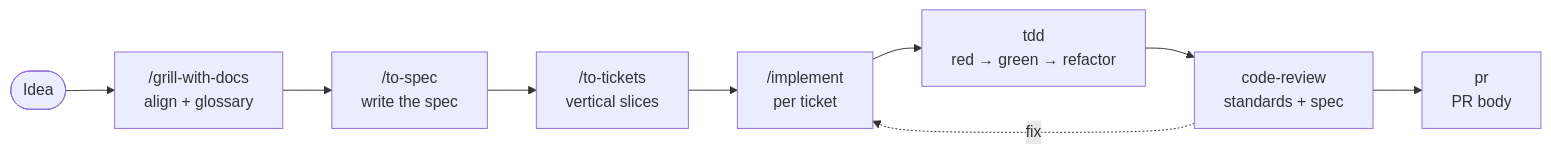
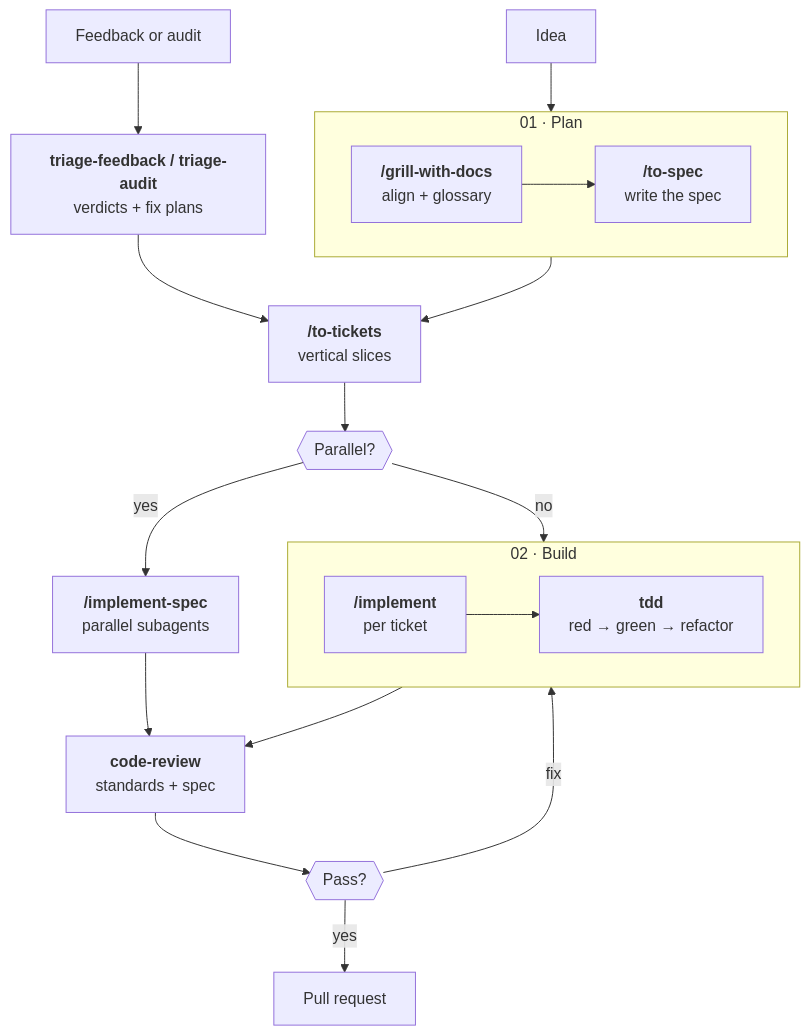
Before and after one commit to Phenomenon-Studio/phenomenon-skills: the second of 2 diagrams in docs/workflow.md, drawn with Mermaid. The commit also changed other lines of this file and 40 other files, not shown here.

````diff
--- a/docs/workflow.md
+++ b/docs/workflow.md
@@ -30,11 +51,35 @@
 ```mermaid
-flowchart LR
-  idea([Idea]) --> grill["/grill-with-docs<br/>align + glossary"]
-  grill --> spec["/to-spec<br/>write the spec"]
-  spec --> tickets["/to-tickets<br/>vertical slices"]
-  tickets --> impl["/implement<br/>per ticket"]
-  impl --> tdd["tdd<br/>red → green → refactor"]
-  tdd --> review["code-review<br/>standards + spec"]
-  review --> pr["pr<br/>PR body"]
-  review -. fix .-> impl
+flowchart TD
+  idea["Idea"]:::entry --> plan
+  feedback["Feedback or audit"]:::entry --> triage["`**triage-feedback / triage-audit**
+  verdicts + fix plans`"]:::ours
+
+  subgraph plan ["01 · Plan"]
+    direction LR
+    grill["`**/grill-with-docs**
+    align + glossary`"] --> spec["`**/to-spec**
+    write the spec`"]
+  end
+
+  plan --> tickets["`**/to-tickets**
+  vertical slices`"]
+  triage --> tickets
+  tickets --> size{{Parallel?}}
+  size -- no --> build
+  size -- yes --> implSpec["`**/implement-spec**
+  parallel subagents`"]
+
+  subgraph build ["02 · Build"]
+    direction LR
+    impl["`**/implement**
+    per ticket`"] --> tdd["`**tdd**
+    red → green → refactor`"]
+  end
+
+  build --> review["`**code-review**
+  standards + spec`"]
+  implSpec --> review
+  review --> pass{{Pass?}}
+  pass -- fix --> build
+  pass -- yes --> pr["Pull request"]:::exit
 ```
````
